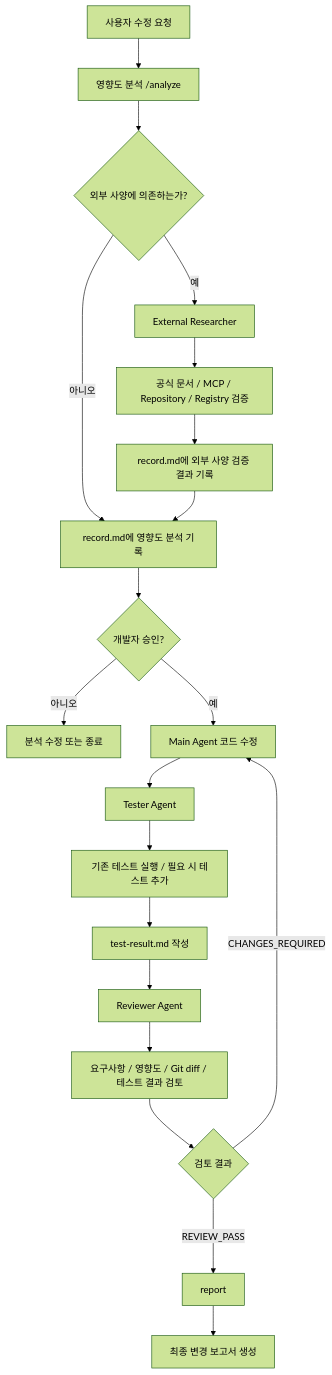
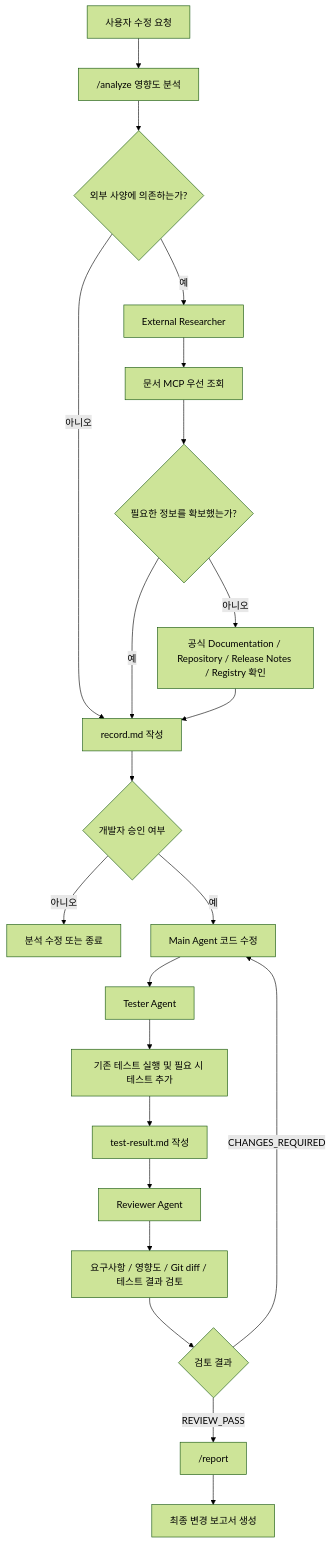
One commit to kimyeoungrok/Cursor-Legacy-Maintenance-Harness changed the diagram in README.md. Above: the diagram before and after it, drawn with Mermaid (forest theme). The commit also changed other lines of this file, not shown here.

````diff
--- a/README.md
+++ b/README.md
@@ -136,28 +138,34 @@
 ```mermaid
 flowchart TD
-    A[사용자 수정 요청] --> B[영향도 분석 /analyze]
-    B --> C{외부 사양에 의존하는가?}
+    A["사용자 수정 요청"] --> B["/analyze 영향도 분석"]
+    B --> C{"외부 사양에 의존하는가?"}
 
-    C -- 예 --> D[External Researcher]
-    D --> E[공식 문서 / MCP / Repository / Registry 검증]
-    E --> F[record.md에 외부 사양 검증 결과 기록]
+    C -->|아니오| G["record.md 작성"]
+    C -->|예| D["External Researcher"]
 
-    C -- 아니오 --> G[record.md에 영향도 분석 기록]
-    F --> G
+    D --> E["문서 MCP 우선 조회"]
+    E --> F{"필요한 정보를 확보했는가?"}
 
-    G --> H{개발자 승인?}
-    H -- 아니오 --> I[분석 수정 또는 종료]
-    H -- 예 --> J[Main Agent 코드 수정]
+    F -->|예| G
+    F -->|아니오| H["공식 Documentation / Repository / Release Notes / Registry 확인"]
+    H --> G
 
-    J --> K[Tester Agent]
-    K --> L[기존 테스트 실행 / 필요 시 테스트 추가]
-    L --> M[test-result.md 작성]
+    G --> I{"개발자 승인 여부"}
 
-    M --> N[Reviewer Agent]
-    N --> O[요구사항 / 영향도 / Git diff / 테스트 결과 검토]
-    O --> P{검토 결과}
+    I -->|아니오| J["분석 수정 또는 종료"]
+    I -->|예| K["Main Agent 코드 수정"]
 
-    P -- CHANGES_REQUIRED --> J
-    P -- REVIEW_PASS ---> Q[report]
-    Q --> R[최종 변경 보고서 생성]
+    K --> L["Tester Agent"]
+    L --> M["기존 테스트 실행 및 필요 시 테스트 추가"]
+    M --> N["test-result.md 작성"]
+
+    N --> O["Reviewer Agent"]
+    O --> P["요구사항 / 영향도 / Git diff / 테스트 결과 검토"]
+
+    P --> Q{"검토 결과"}
+
+    Q -->|CHANGES_REQUIRED| K
+    Q -->|REVIEW_PASS| R["/report"]
+
+    R --> S["최종 변경 보고서 생성"]
 ```
````
